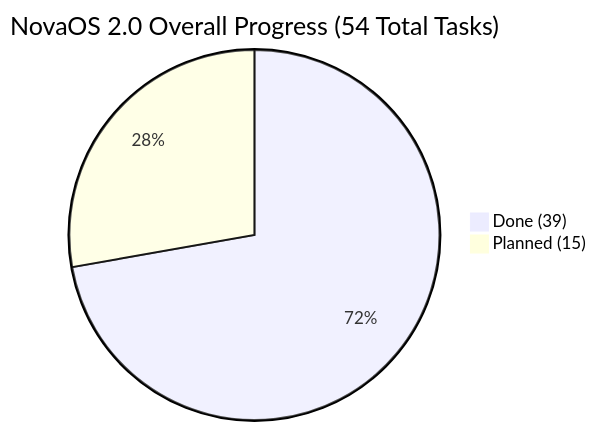
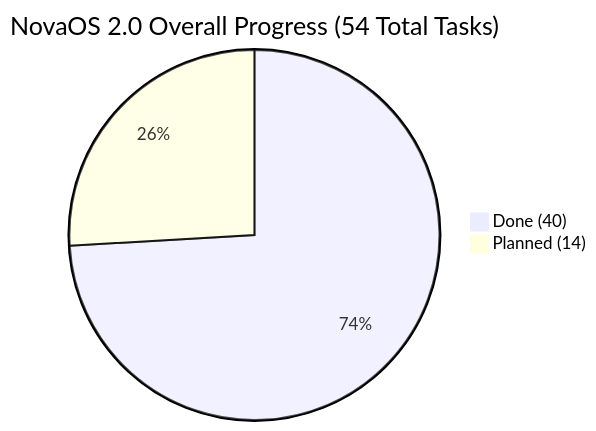
One commit to firoze-hossain/novaos changed the diagram in NovaOS_Build_Plan.md. Above: the diagram before and after it, drawn with Mermaid. The commit also changed other lines of this file and 12 other files, not shown here.

````diff
--- a/NovaOS_Build_Plan.md
+++ b/NovaOS_Build_Plan.md
@@ -9,5 +9,5 @@
 ```mermaid
 pie title NovaOS 2.0 Overall Progress (54 Total Tasks)
-    "Done (39)" : 39
-    "Planned (15)" : 15
+    "Done (40)" : 40
+    "Planned (14)" : 14
 ```
````
